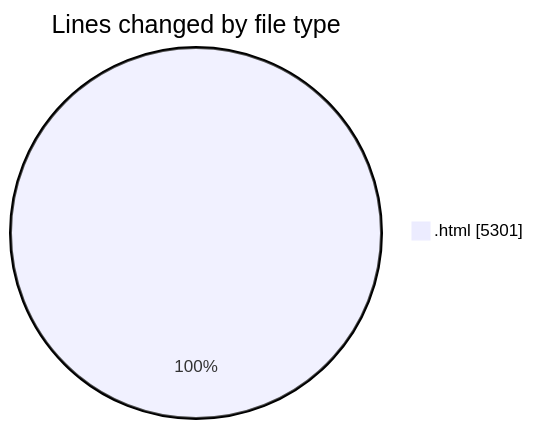
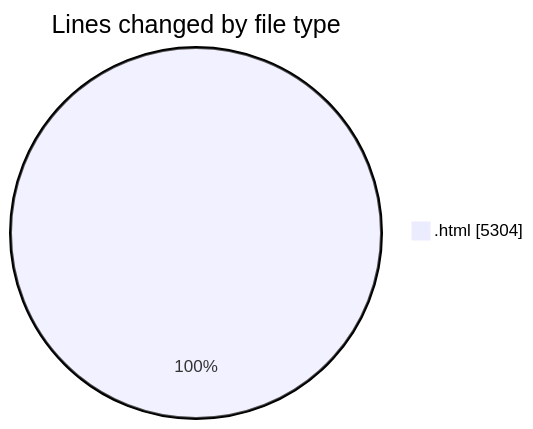
Before and after one commit to nxtqubesakshisongat/code-tracking: the first of 2 diagrams in 2025-08-10/nxtqube_webapp/README.md, drawn with Mermaid. The commit also changed other lines of this file and 1 other file, not shown here.

````diff
--- a/2025-08-10/nxtqube_webapp/README.md
+++ b/2025-08-10/nxtqube_webapp/README.md
@@ -22,5 +22,5 @@
 ```mermaid
 pie showData
 title Lines changed by file type
-".html" : 5301
+".html" : 5304
 ```
````
